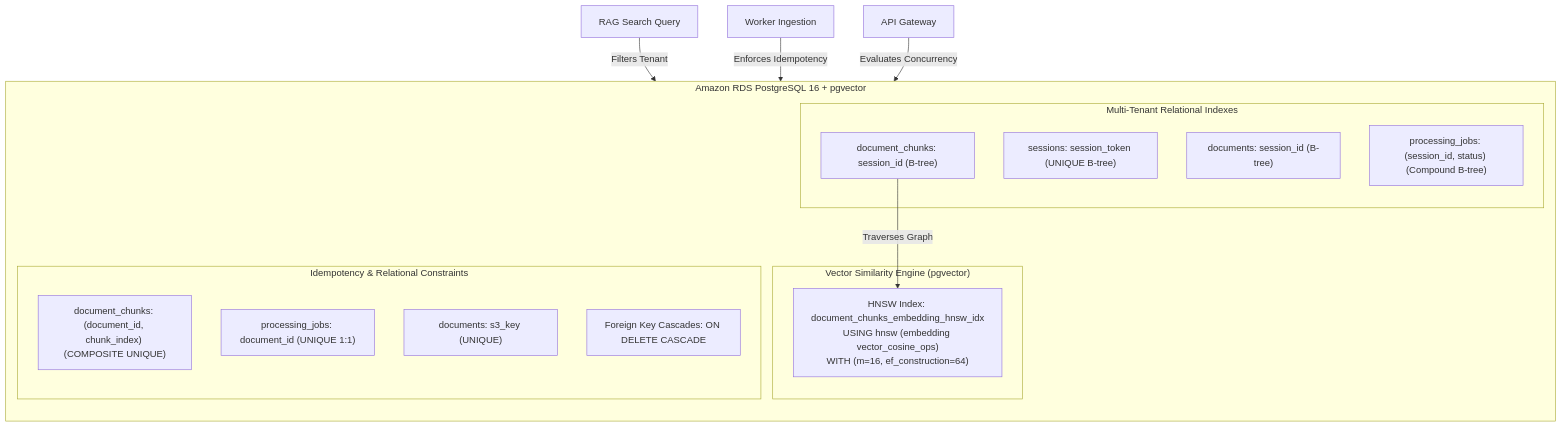
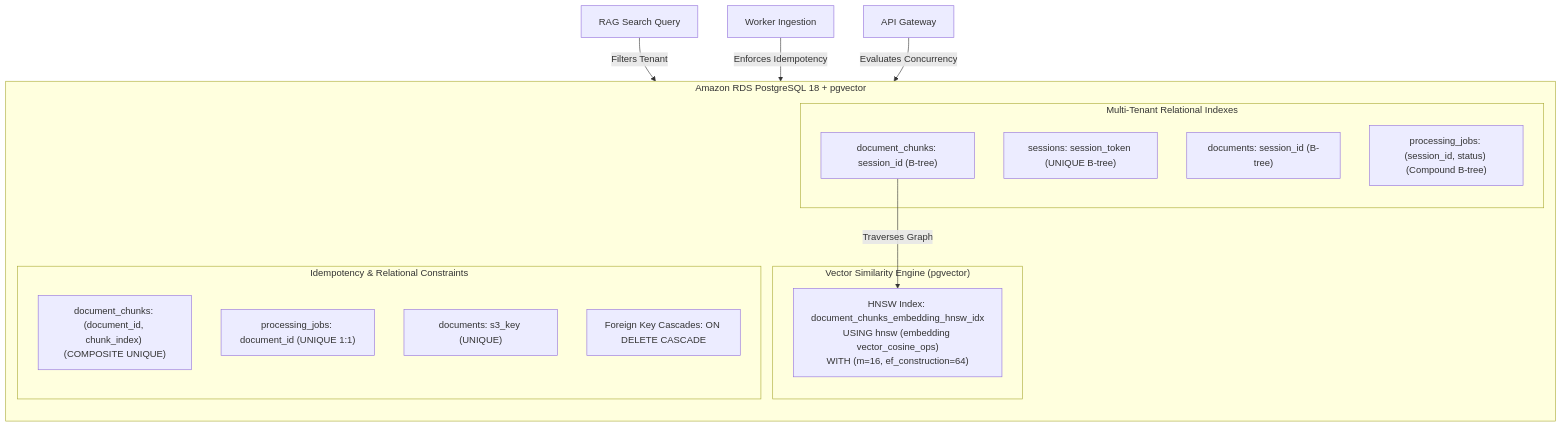
Before and after one commit to parth9218/Document-Intelligence-Platform: the diagram in docs-site/docs/database/indexes-constraints.md, drawn with Mermaid. The commit also changed 7 other files, not shown here.

Commit message:
feat(docs): Implemented Phase-8: Database section — Schema, indexes, access patterns, PG NOTIFY, dual ORM

````diff
--- a/docs-site/docs/database/indexes-constraints.md
+++ b/docs-site/docs/database/indexes-constraints.md
@@ -16,30 +16,30 @@
 ```mermaid
 flowchart TD
-    subgraph StorageLayer ["Amazon RDS PostgreSQL 16 + pgvector"]
+    subgraph StorageLayer ["Amazon RDS PostgreSQL 18 + pgvector"]
         direction TB
         
         subgraph VectorIndexing ["Vector Similarity Engine (pgvector)"]
             HNSW["HNSW Index: document_chunks_embedding_hnsw_idx<br/>USING hnsw (embedding vector_cosine_ops)<br/>WITH (m=16, ef_construction=64)"]
         end
         
         subgraph TenancyIndexing ["Multi-Tenant Relational Indexes"]
             IdxSession["sessions: session_token (UNIQUE B-tree)"]
             IdxDocSession["documents: session_id (B-tree)"]
             IdxJobCompound["processing_jobs: (session_id, status) (Compound B-tree)"]
             IdxChunkSession["document_chunks: session_id (B-tree)"]
         end
         
         subgraph IntegrityConstraints ["Idempotency & Relational Constraints"]
             UniqChunk["document_chunks: (document_id, chunk_index) (COMPOSITE UNIQUE)"]
             UniqJob["processing_jobs: document_id (UNIQUE 1:1)"]
             UniqS3["documents: s3_key (UNIQUE)"]
             Cascades["Foreign Key Cascades: ON DELETE CASCADE"]
         end
     end
     
     Query["RAG Search Query"] -->|Filters Tenant| IdxChunkSession
     IdxChunkSession -->|Traverses Graph| HNSW
     
     Worker["Worker Ingestion"] -->|Enforces Idempotency| UniqChunk
     API["API Gateway"] -->|Evaluates Concurrency| IdxJobCompound
 ```
````
